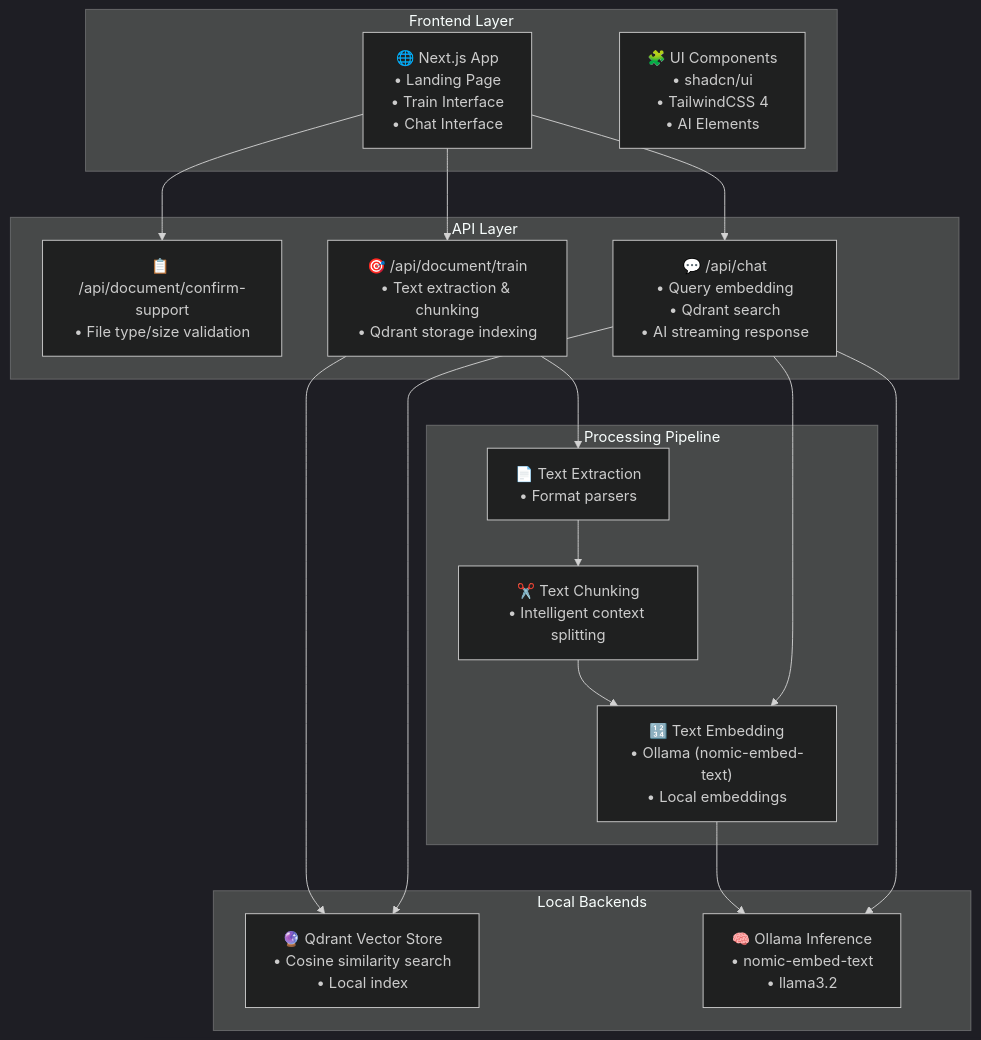
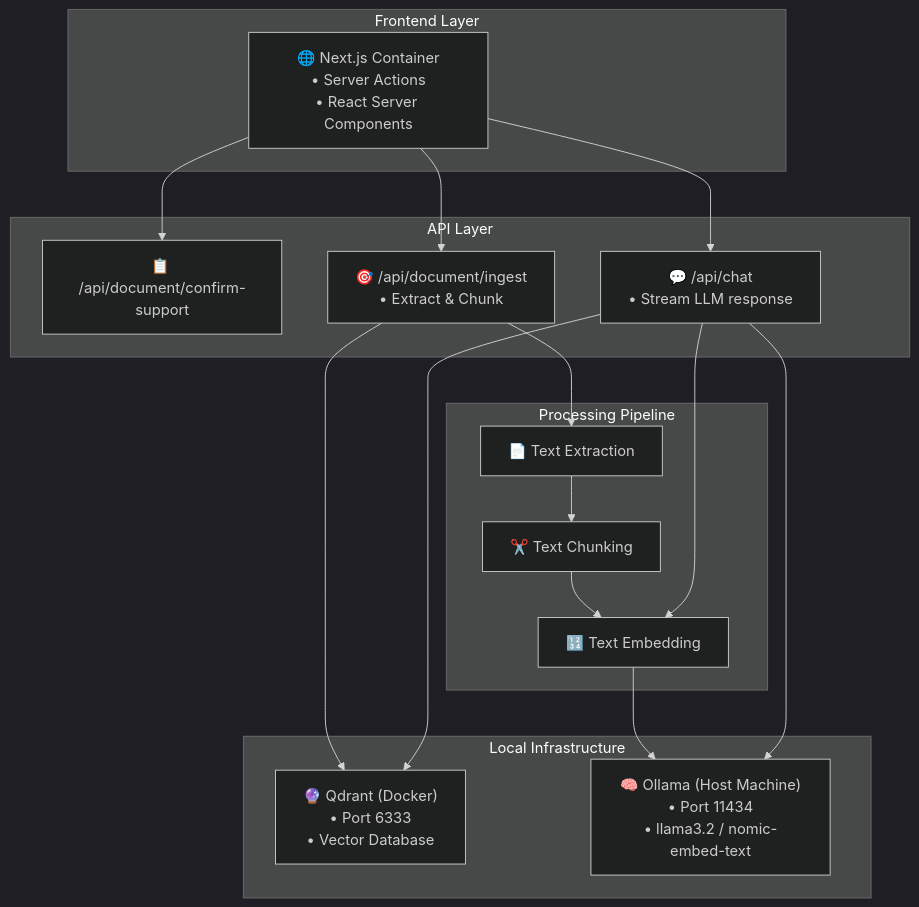
Before and after one commit to hemants1703/docochat-ai: the diagram in README.md, drawn with Mermaid (dark theme). The commit also changed other lines of this file and 1 other file, not shown here.

First line of the commit message:
docs: add Docker & Ollama local deployment details

````diff
--- a/README.md
+++ b/README.md
@@ -64,38 +86,37 @@
 ```mermaid
 graph TB
     subgraph "Frontend Layer"
-        UI["🌐 Next.js App<br/>• Landing Page<br/>• Train Interface<br/>• Chat Interface"]
-        Components["🧩 UI Components<br/>• shadcn/ui<br/>• TailwindCSS 4<br/>• AI Elements"]
+        UI["🌐 Next.js Container<br/>• Server Actions<br/>• React Server Components"]
     end
 
     subgraph "API Layer"
-        ConfirmAPI["📋 /api/document/confirm-support<br/>• File type/size validation"]
-        TrainAPI["🎯 /api/document/train<br/>• Text extraction & chunking<br/>• Qdrant storage indexing"]
-        ChatAPI["💬 /api/chat<br/>• Query embedding<br/>• Qdrant search<br/>• AI streaming response"]
+        ConfirmAPI["📋 /api/document/confirm-support"]
+        TrainAPI["🎯 /api/document/ingest<br/>• Extract & Chunk"]
+        ChatAPI["💬 /api/chat<br/>• Stream LLM response"]
     end
 
     subgraph "Processing Pipeline"
-        Extract["📄 Text Extraction<br/>• Format parsers"]
-        Chunk["✂️ Text Chunking<br/>• Intelligent context splitting"]
-        Embed["🔢 Text Embedding<br/>• Ollama (nomic-embed-text)<br/>• Local embeddings"]
+        Extract["📄 Text Extraction"]
+        Chunk["✂️ Text Chunking"]
+        Embed["🔢 Text Embedding"]
     end
 
-    subgraph "Local Backends"
-        Qdrant["🔮 Qdrant Vector Store<br/>• Cosine similarity search<br/>• Local index"]
-        Ollama["🧠 Ollama Inference<br/>• nomic-embed-text<br/>• llama3.2"]
+    subgraph "Local Infrastructure"
+        Qdrant["🔮 Qdrant (Docker)<br/>• Port 6333<br/>• Vector Database"]
+        Ollama["🧠 Ollama (Host Machine)<br/>• Port 11434<br/>• llama3.2 / nomic-embed-text"]
     end
 
     UI --> ConfirmAPI
     UI --> TrainAPI
     UI --> ChatAPI
     
     TrainAPI --> Extract
     Extract --> Chunk
     Chunk --> Embed
     Embed --> Ollama
     TrainAPI --> Qdrant
     
     ChatAPI --> Embed
     ChatAPI --> Qdrant
     ChatAPI --> Ollama
 ```
````
